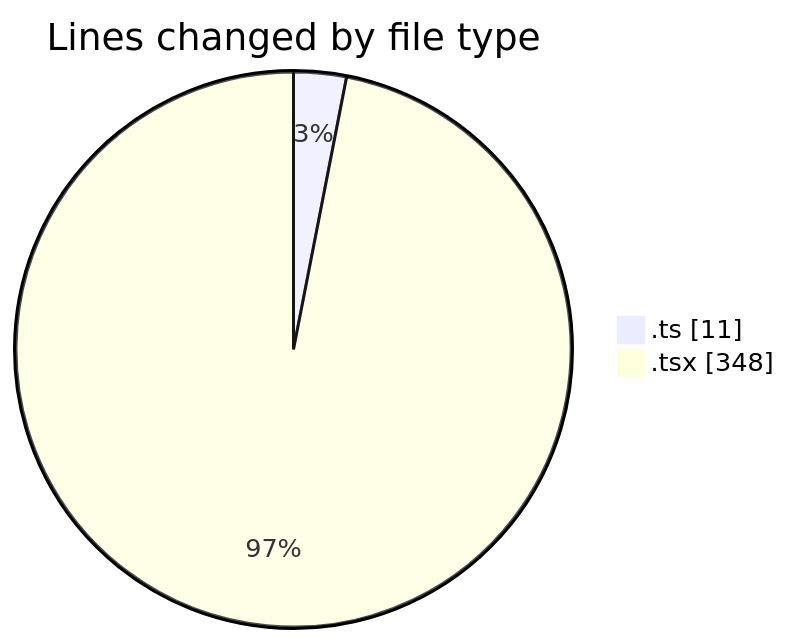
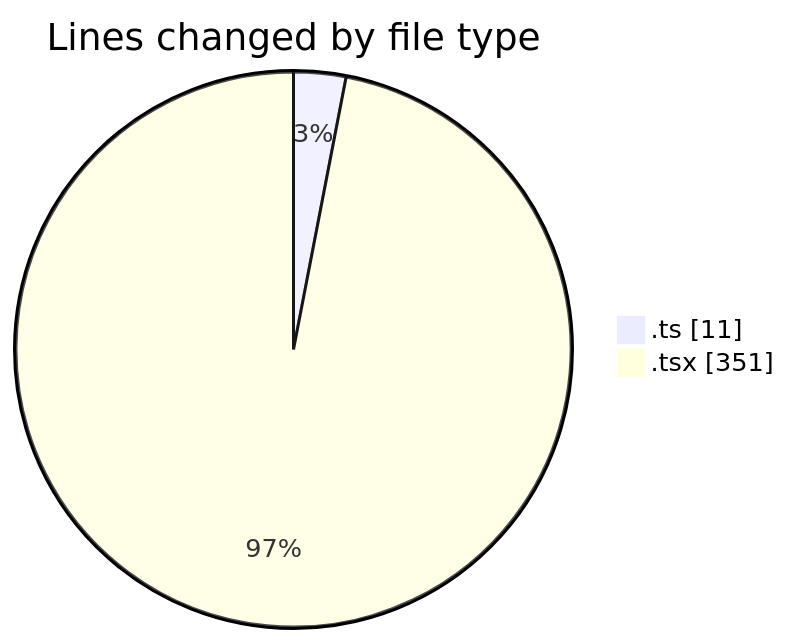
The first of 2 diagrams in 2025-03-21/cda/README.md (momahboobian/code-tracking), drawn with Mermaid before and after one commit. The commit also changed other lines of this file and 1 other file, not shown here.

````diff
--- a/2025-03-21/cda/README.md
+++ b/2025-03-21/cda/README.md
@@ -23,6 +23,6 @@
 ```mermaid
 pie showData
 title Lines changed by file type
 ".ts" : 11
-".tsx" : 348
+".tsx" : 351
 ```
````
